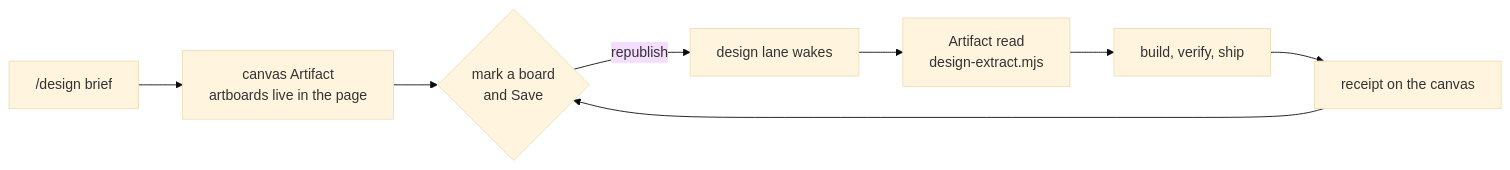
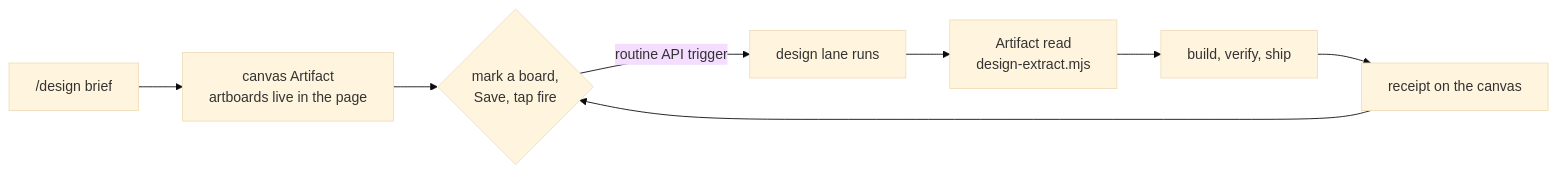
Before and after one commit to ejclark/skynet-capital: the diagram in docs/HANDOFFS.md, drawn with Mermaid (base theme). The commit also changed other lines of this file and 1 other file, not shown here.

First line of the commit message:
fix(design): the lane is fired, not woken — no artifact event exists

````diff
--- a/docs/HANDOFFS.md
+++ b/docs/HANDOFFS.md
@@ -11,10 +11,10 @@
 ```mermaid
 flowchart LR
   A["/design brief"] --> B["canvas Artifact<br/>artboards live in the page"]
-  B --> C{"mark a board<br/>and Save"}
-  C -->|republish| D["design lane wakes"]
+  B --> C{"mark a board,<br/>Save, tap fire"}
+  C -->|routine API trigger| D["design lane runs"]
   D --> E["Artifact read<br/>design-extract.mjs"]
   E --> F["build, verify, ship"]
   F --> G["receipt on the canvas"]
   G --> C
 ```
````
